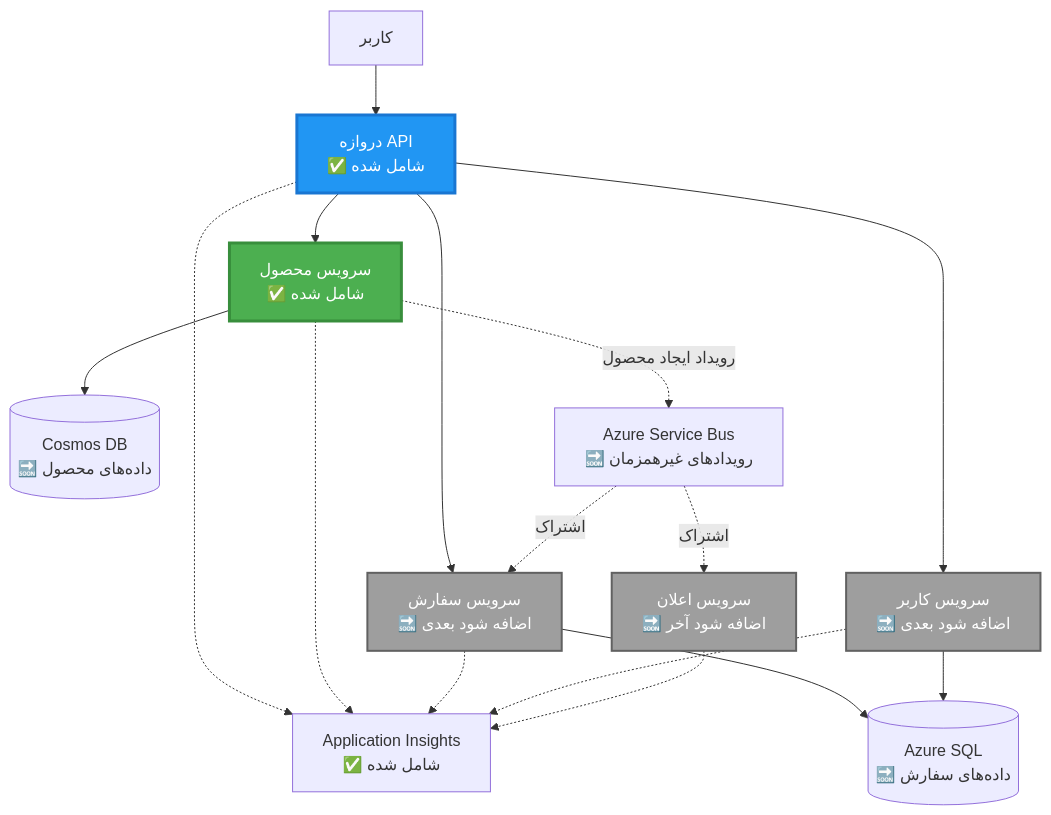
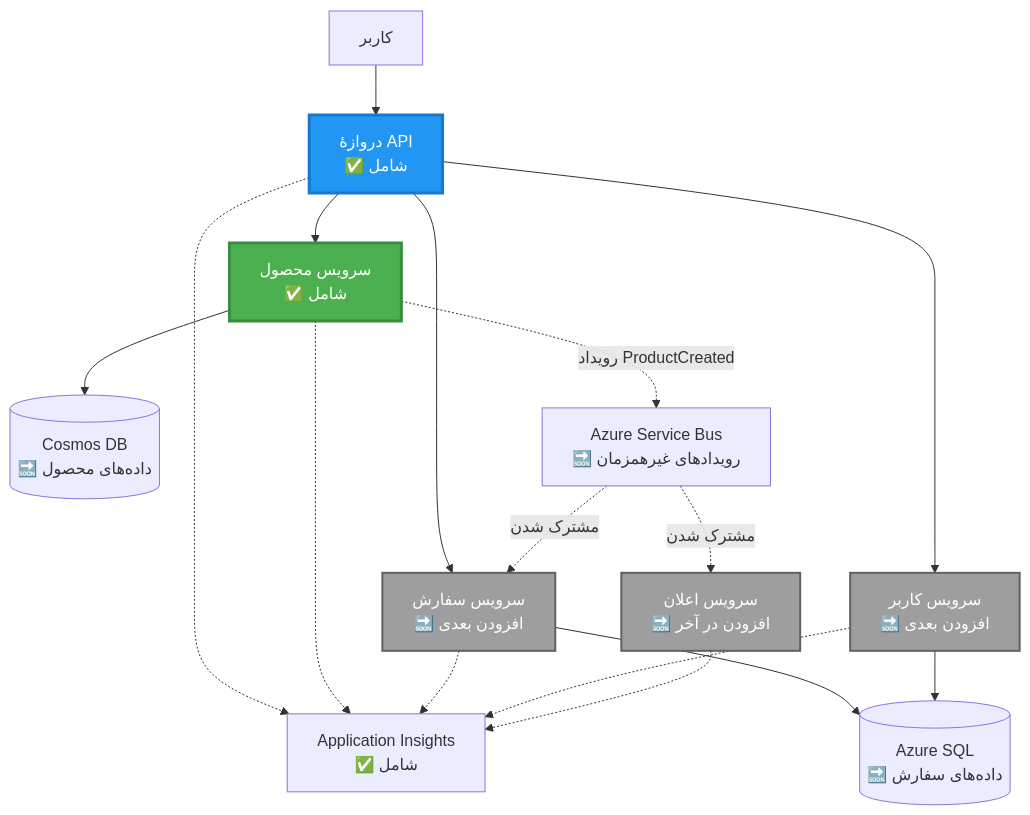
One commit to microsoft/AZD-for-beginners changed the second of 4 diagrams in translations/fa/examples/microservices/README.md. Above: the diagram before and after it, drawn with Mermaid. The commit also changed other lines of this file and 298 other files, not shown here.

````diff
--- a/translations/fa/examples/microservices/README.md
+++ b/translations/fa/examples/microservices/README.md
@@ -78,39 +69,39 @@
 ```mermaid
 graph TB
     User[کاربر]
-    Gateway[دروازه API<br/>✅ شامل شده]
-    Product[سرویس محصول<br/>✅ شامل شده]
-    Order[سرویس سفارش<br/>🔜 اضافه شود بعدی]
-    UserSvc[سرویس کاربر<br/>🔜 اضافه شود بعدی]
-    Notify[سرویس اعلان<br/>🔜 اضافه شود آخر]
+    Gateway[دروازهٔ API<br/>✅ شامل]
+    Product[سرویس محصول<br/>✅ شامل]
+    Order[سرویس سفارش<br/>🔜 افزودن بعدی]
+    UserSvc[سرویس کاربر<br/>🔜 افزودن بعدی]
+    Notify[سرویس اعلان<br/>🔜 افزودن در آخر]
     
     CosmosDB[(Cosmos DB<br/>🔜 داده‌های محصول)]
     AzureSQL[(Azure SQL<br/>🔜 داده‌های سفارش)]
     ServiceBus[Azure Service Bus<br/>🔜 رویدادهای غیرهمزمان]
-    AppInsights[Application Insights<br/>✅ شامل شده]
+    AppInsights[Application Insights<br/>✅ شامل]
     
     User --> Gateway
     Gateway --> Product
     Gateway --> Order
     Gateway --> UserSvc
     
     Product --> CosmosDB
     Order --> AzureSQL
     UserSvc --> AzureSQL
     
-    Product -.->|رویداد ایجاد محصول| ServiceBus
-    ServiceBus -.->|اشتراک| Notify
-    ServiceBus -.->|اشتراک| Order
+    Product -.->|رویداد ProductCreated| ServiceBus
+    ServiceBus -.->|مشترک شدن| Notify
+    ServiceBus -.->|مشترک شدن| Order
     
     Gateway -.-> AppInsights
     Product -.-> AppInsights
     Order -.-> AppInsights
     UserSvc -.-> AppInsights
     Notify -.-> AppInsights
     
     style Product fill:#4CAF50,stroke:#388E3C,stroke-width:3px,color:#fff
     style Gateway fill:#2196F3,stroke:#1976D2,stroke-width:3px,color:#fff
     style Order fill:#9E9E9E,stroke:#616161,stroke-width:2px,color:#fff
     style UserSvc fill:#9E9E9E,stroke:#616161,stroke-width:2px,color:#fff
     style Notify fill:#9E9E9E,stroke:#616161,stroke-width:2px,color:#fff
 ```
````
